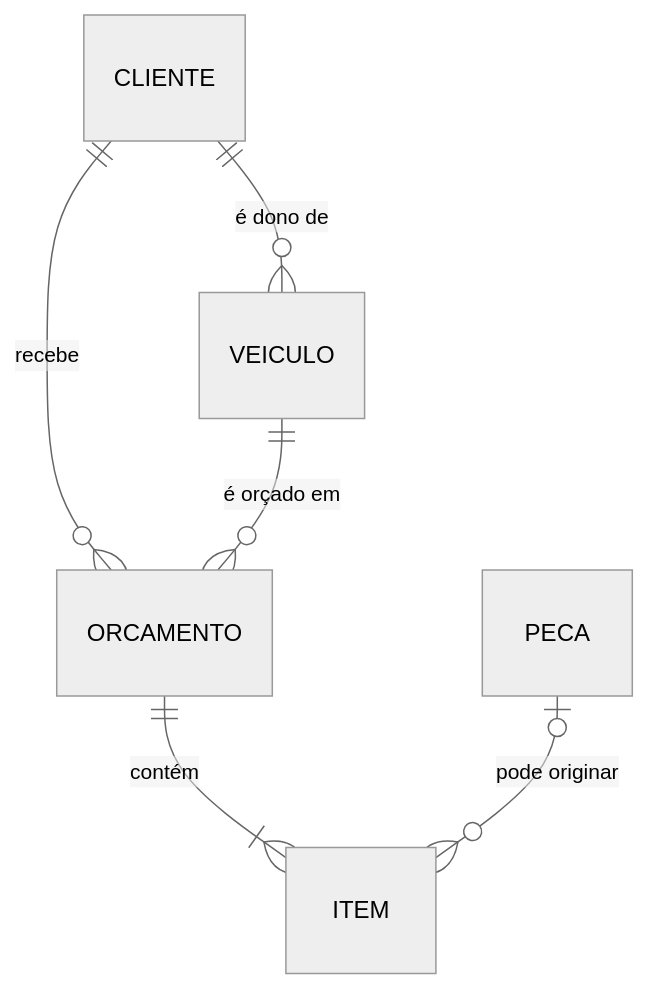
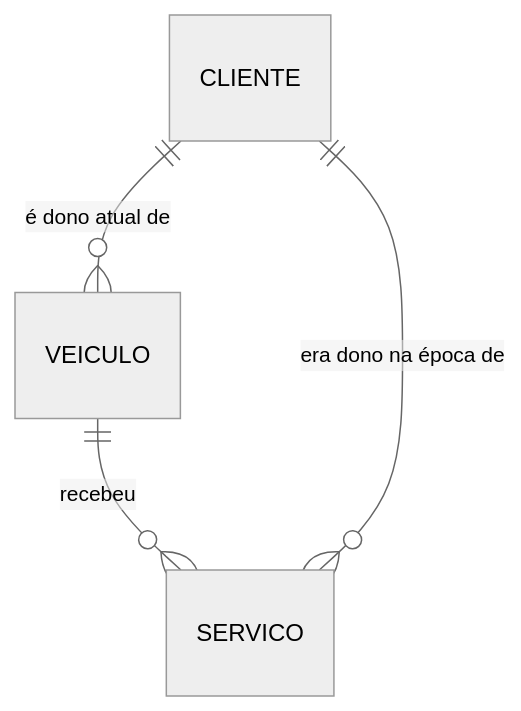
Before and after one commit to nlucasjr/oficina-app: the fourth of 4 diagrams in README.md, drawn with Mermaid (neutral theme). The commit also changed other lines of this file and 9 other files, not shown here.

````diff
--- a/README.md
+++ b/README.md
@@ -249,8 +222,6 @@
 ```mermaid
 erDiagram
-  CLIENTE ||--o{ VEICULO : "é dono de"
-  CLIENTE ||--o{ ORCAMENTO : "recebe"
-  VEICULO ||--o{ ORCAMENTO : "é orçado em"
-  ORCAMENTO ||--|{ ITEM : "contém"
-  PECA |o--o{ ITEM : "pode originar"
+  CLIENTE ||--o{ VEICULO : "é dono atual de"
+  VEICULO ||--o{ SERVICO : "recebeu"
+  CLIENTE ||--o{ SERVICO : "era dono na época de"
 ```
````
